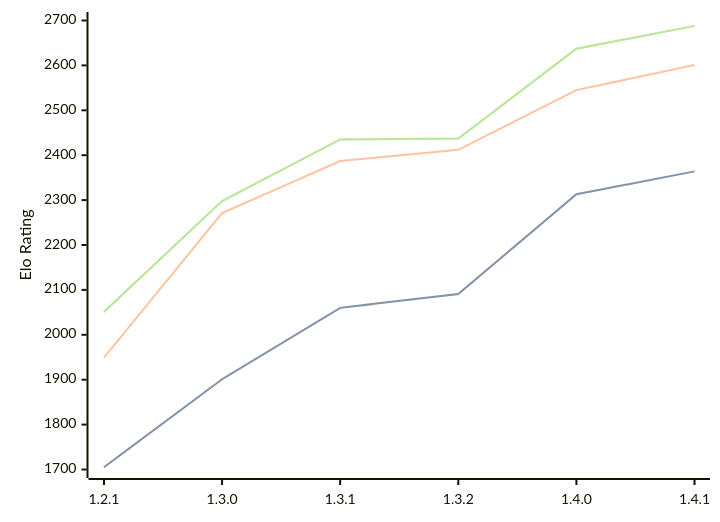
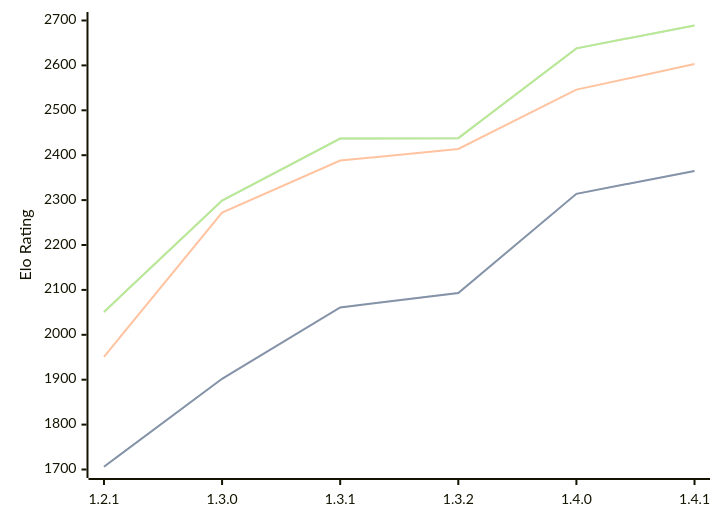
Before and after one commit to computer-chess-index/cci: the diagram in engines/Chal.md, drawn with Mermaid. The commit also changed other lines of this file, not shown here.

Commit message:
Update CCI Ratings (ELO VLTC) - 2026-05-16

````diff
--- a/engines/Chal.md
+++ b/engines/Chal.md
@@ -39,11 +39,11 @@
 ```mermaid
 %%{init: {"theme":"base","themeVariables":{"seriesColors:['#a3a3a3','#222221','#faa371']}}}%%
 xychart-beta
   x-axis ["1.2.1", "1.3.0", "1.3.1", "1.3.2", "1.4.0", "1.4.1"]
   y-axis "Elo Rating" 1700 --> 2700
-  line "STC (8.0+0.08s)" [1705, 1901, 2060, 2091, 2313, 2364]
-  line "STC (8.0+0.08s)" [1705, 1901, 2060, 2091, 2313, 2364]
-  line "LTC (60.0+0.60s)" [1949, 2271, 2387, 2412, 2545, 2601]
-  line "VLTC (2m24s+1.12s)" [2051, 2298, 2435, 2437, 2637, 2688]
-  line "VLTC (2m24s+1.12s)" [2051, 2298, 2435, 2437, 2637, 2688]
+  line "STC (8.0+0.08s)" [1706, 1902, 2061, 2093, 2314, 2365]
+  line "STC (8.0+0.08s)" [1706, 1902, 2061, 2093, 2314, 2365]
+  line "LTC (60.0+0.60s)" [1951, 2272, 2388, 2414, 2546, 2603]
+  line "VLTC (2m24s+1.12s)" [2051, 2299, 2437, 2438, 2638, 2689]
+  line "VLTC (2m24s+1.12s)" [2051, 2299, 2437, 2438, 2638, 2689]
 ```
````
